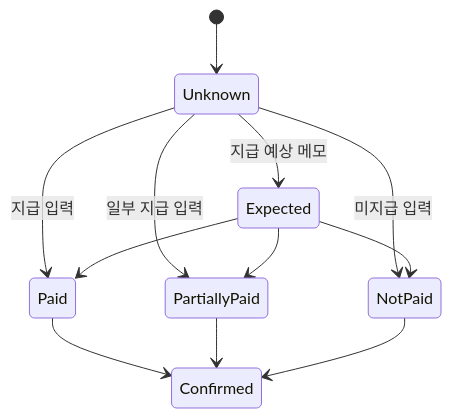
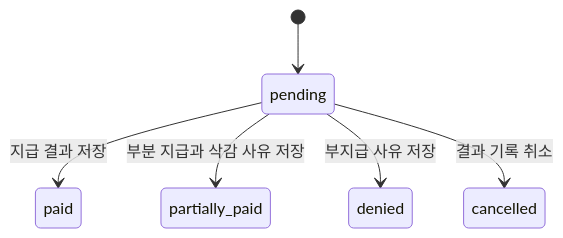
Before and after one commit to jin8855/FamilyClaimRef: the fifth of 5 diagrams in docs/12_STATE_FLOW_MERMAID.md, drawn with Mermaid. The commit also changed other lines of this file and 27 other files, not shown here.

````diff
--- a/docs/12_STATE_FLOW_MERMAID.md
+++ b/docs/12_STATE_FLOW_MERMAID.md
@@ -69,14 +73,8 @@
 ```mermaid
 stateDiagram-v2
-    [*] --> Unknown
-    Unknown --> Expected: 지급 예상 메모
-    Unknown --> Paid: 지급 입력
-    Unknown --> PartiallyPaid: 일부 지급 입력
-    Unknown --> NotPaid: 미지급 입력
-    Expected --> Paid
-    Expected --> PartiallyPaid
-    Expected --> NotPaid
-    Paid --> Confirmed
-    PartiallyPaid --> Confirmed
-    NotPaid --> Confirmed
+    [*] --> pending
+    pending --> paid: 지급 결과 저장
+    pending --> partially_paid: 부분 지급과 삭감 사유 저장
+    pending --> denied: 부지급 사유 저장
+    pending --> cancelled: 결과 기록 취소
 ```
````
